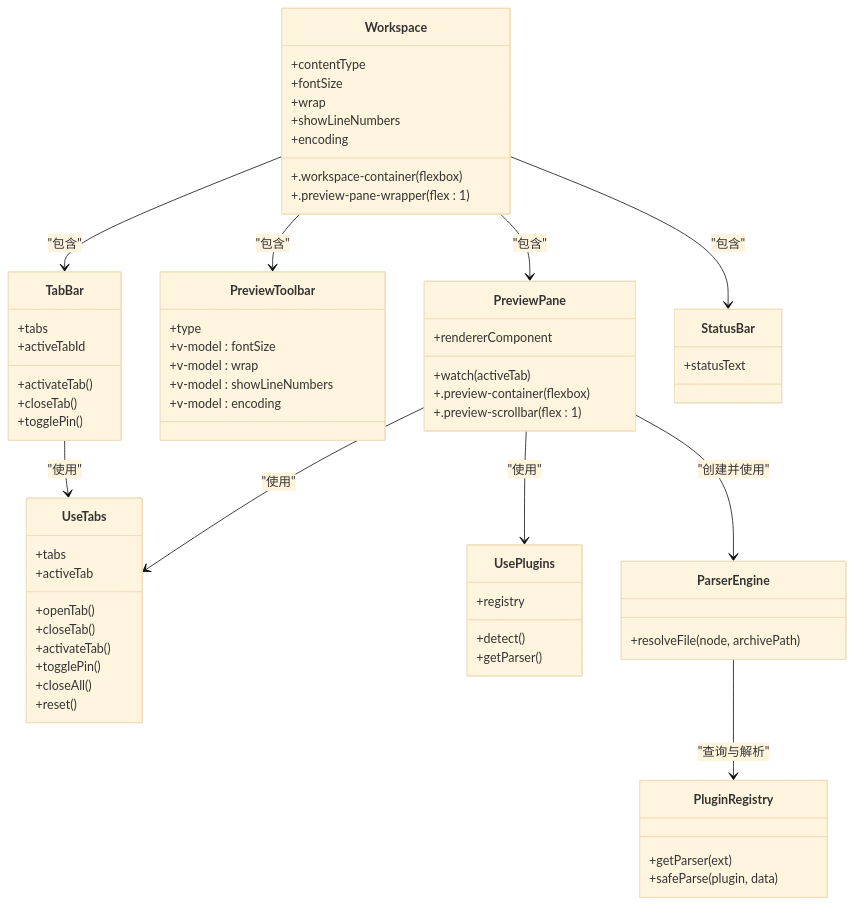
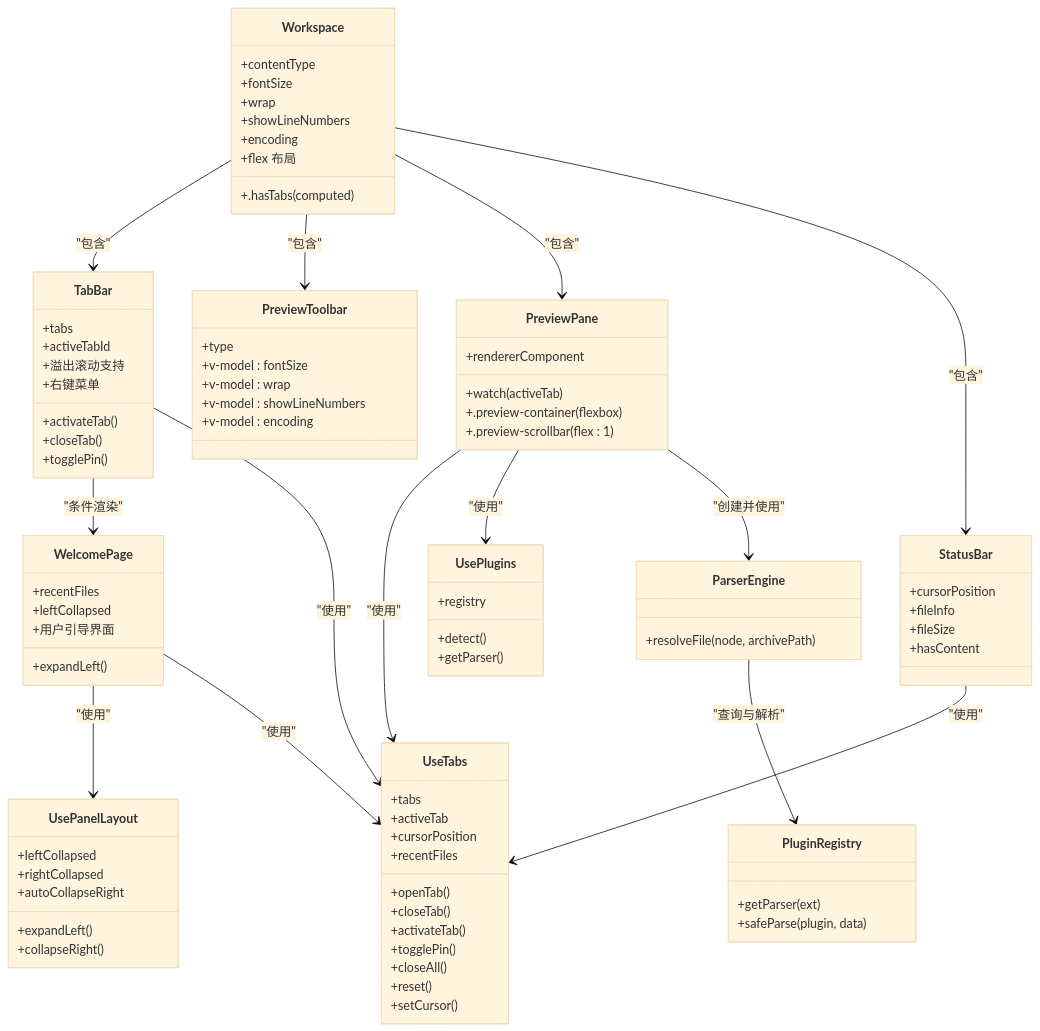
Before and after one commit to taoweidong/Hello-Tauri: the fourth of 4 diagrams in .qoder/repowiki/zh/content/架构设计/组件层次结构/工作区组件/主工作区组件.md, drawn with Mermaid (base theme). The commit also changed other lines of this file and 119 other files, not shown here.

````diff
--- a/.qoder/repowiki/zh/content/架构设计/组件层次结构/工作区组件/主工作区组件.md
+++ b/.qoder/repowiki/zh/content/架构设计/组件层次结构/工作区组件/主工作区组件.md
@@ -268,8 +330,8 @@
 +wrap
 +showLineNumbers
 +encoding
-+.workspace-container (flexbox)
-+.preview-pane-wrapper (flex : 1)
++.hasTabs (computed)
++flex 布局
 }
 class TabBar {
 +tabs
@@ -277,6 +339,14 @@
 +activateTab()
 +closeTab()
 +togglePin()
++溢出滚动支持
++右键菜单
+}
+class WelcomePage {
++recentFiles
++leftCollapsed
++expandLeft()
++用户引导界面
 }
 class PreviewToolbar {
 +type
@@ -292,22 +362,35 @@
 +.preview-scrollbar (flex : 1)
 }
 class StatusBar {
-+statusText
++cursorPosition
++fileInfo
++fileSize
++hasContent
 }
 class UseTabs {
 +tabs
 +activeTab
++cursorPosition
++recentFiles
 +openTab()
 +closeTab()
 +activateTab()
 +togglePin()
 +closeAll()
 +reset()
++setCursor()
 }
 class UsePlugins {
 +registry
 +detect()
 +getParser()
+}
+class UsePanelLayout {
++leftCollapsed
++rightCollapsed
++expandLeft()
++collapseRight()
++autoCollapseRight
 }
 class ParserEngine {
 +resolveFile(node, archivePath)
@@ -320,9 +403,13 @@
 Workspace --> PreviewToolbar : "包含"
 Workspace --> PreviewPane : "包含"
 Workspace --> StatusBar : "包含"
+TabBar --> WelcomePage : "条件渲染"
 TabBar --> UseTabs : "使用"
 PreviewPane --> UseTabs : "使用"
 PreviewPane --> UsePlugins : "使用"
 PreviewPane --> ParserEngine : "创建并使用"
 ParserEngine --> PluginRegistry : "查询与解析"
+WelcomePage --> UsePanelLayout : "使用"
+WelcomePage --> UseTabs : "使用"
+StatusBar --> UseTabs : "使用"
 ```
````
